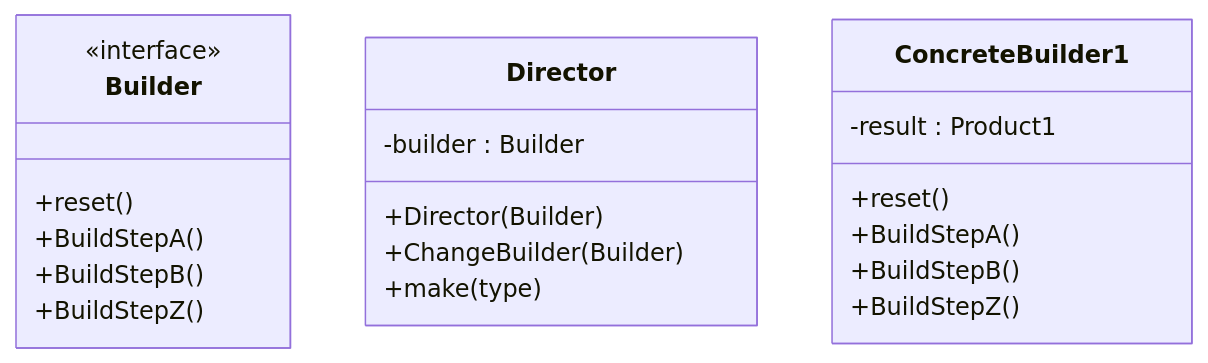
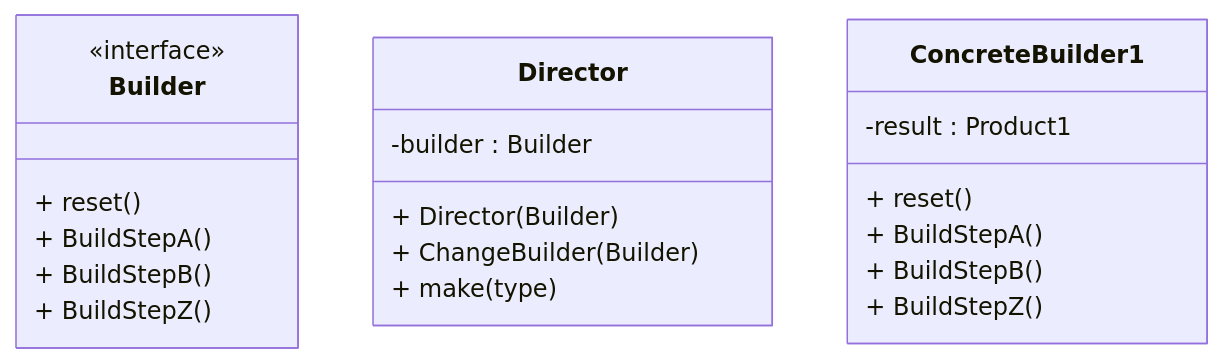
Before and after one commit to kirolossedra/Creational-Design-Patterns: the diagram in Builder/README.md, drawn with Mermaid.

````diff
--- a/Builder/README.md
+++ b/Builder/README.md
@@ -2,28 +2,28 @@
 ```mermaid
 classDiagram
 
 class Builder{
 <<interface>> 
-    +reset()
-    +BuildStepA()
-    +BuildStepB()
-    +BuildStepZ()
+    + reset()
+    + BuildStepA()
+    + BuildStepB()
+    + BuildStepZ()
 }
 
 class Director{
 -builder : Builder
-+Director(Builder)
-+ChangeBuilder(Builder)
-+make(type)
++ Director(Builder)
++ ChangeBuilder(Builder)
++ make(type)
 }
 
 class ConcreteBuilder1{
 -result : Product1
-+reset()
-+BuildStepA()
-+BuildStepB()
-+BuildStepZ()
++ reset()
++ BuildStepA()
++ BuildStepB()
++ BuildStepZ()
 
 }
 
 ```
````
